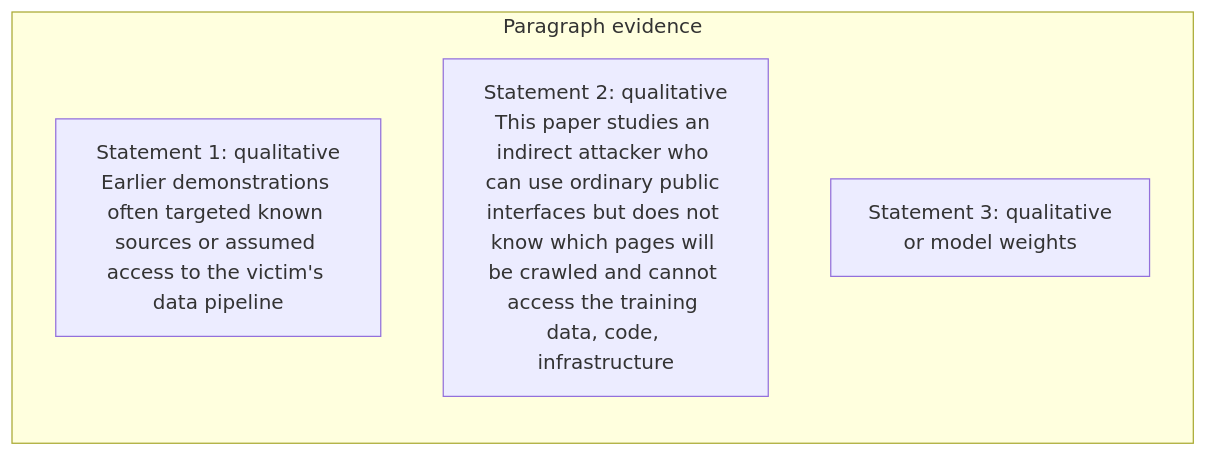
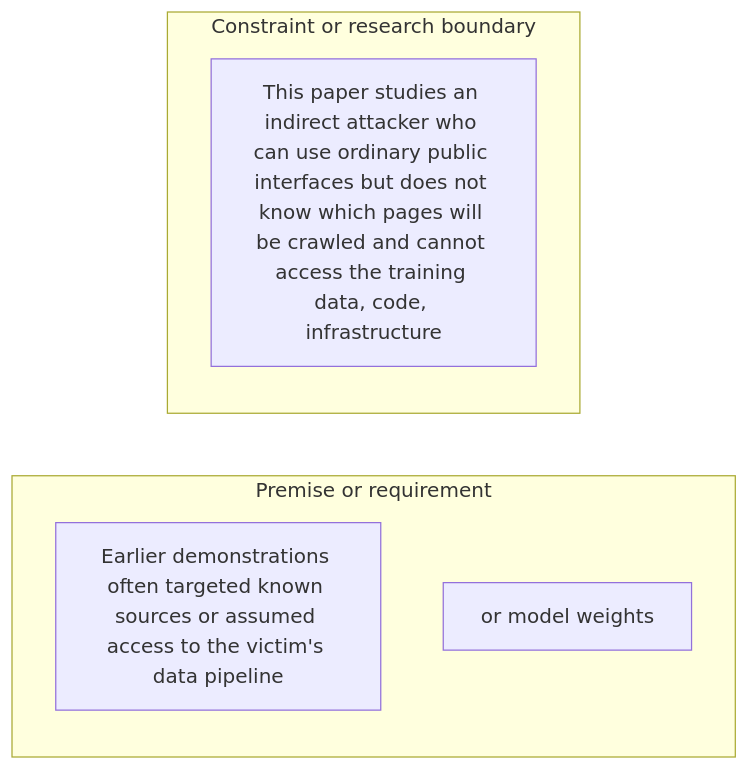
The fourth of 48 diagrams in docs/visual-manifests/VISUAL_MANIFEST_COMPUTATIONAL_PROPAGANDA.md (Betancourt1/paper_atlas), drawn with Mermaid before and after one commit. The commit also changed other lines of this file and 7 other files, not shown here.

````diff
--- a/docs/visual-manifests/VISUAL_MANIFEST_COMPUTATIONAL_PROPAGANDA.md
+++ b/docs/visual-manifests/VISUAL_MANIFEST_COMPUTATIONAL_PROPAGANDA.md
@@ -298,8 +303,10 @@
 ```mermaid
 flowchart LR
-  subgraph p1["Paragraph evidence"]
-    p1r1["Statement 1: qualitative<br/>Earlier demonstrations often targeted known sources or assumed access to the victim's data pipeline"]
-    p1r2["Statement 2: qualitative<br/>This paper studies an indirect attacker who can use ordinary public interfaces but does not know which pages will be crawled and cannot access the training data, code, infrastructure"]
-    p1r3["Statement 3: qualitative<br/>or model weights"]
+  subgraph g1["Premise or requirement"]
+    g1i1["Earlier demonstrations often targeted known sources or assumed access to the victim's data pipeline"]
+    g1i2["or model weights"]
+  end
+  subgraph g2["Constraint or research boundary"]
+    g2i1["This paper studies an indirect attacker who can use ordinary public interfaces but does not know which pages will be crawled and cannot access the training data, code, infrastructure"]
   end
 ```
````
